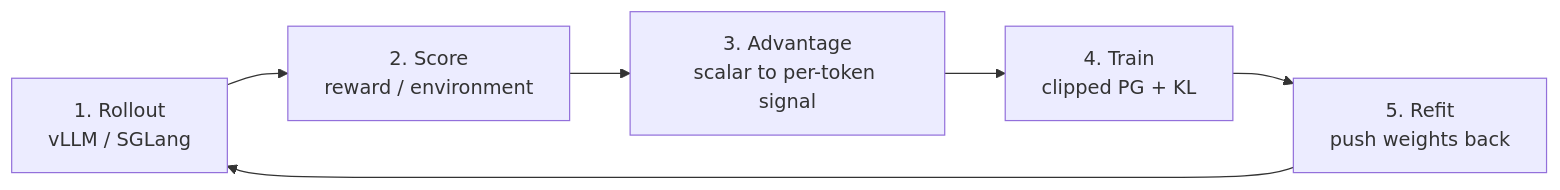
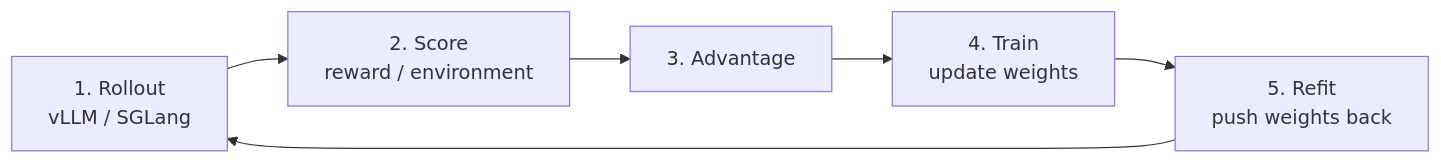
The diagram in open-source/nemo-rl.en.md (tianyi-zhang-02/cooking-agi), drawn with Mermaid before and after one commit. The commit also changed other lines of this file and 3 other files, not shown here.

````diff
--- a/open-source/nemo-rl.en.md
+++ b/open-source/nemo-rl.en.md
@@ -13,8 +89,8 @@
 ```mermaid
 flowchart LR
     A["1. Rollout<br/>vLLM / SGLang"] --> B["2. Score<br/>reward / environment"]
-    B --> C["3. Advantage<br/>scalar to per-token signal"]
-    C --> D["4. Train<br/>clipped PG + KL"]
+    B --> C["3. Advantage"]
+    C --> D["4. Train<br/>update weights"]
     D --> E["5. Refit<br/>push weights back"]
     E --> A
 ```
````
